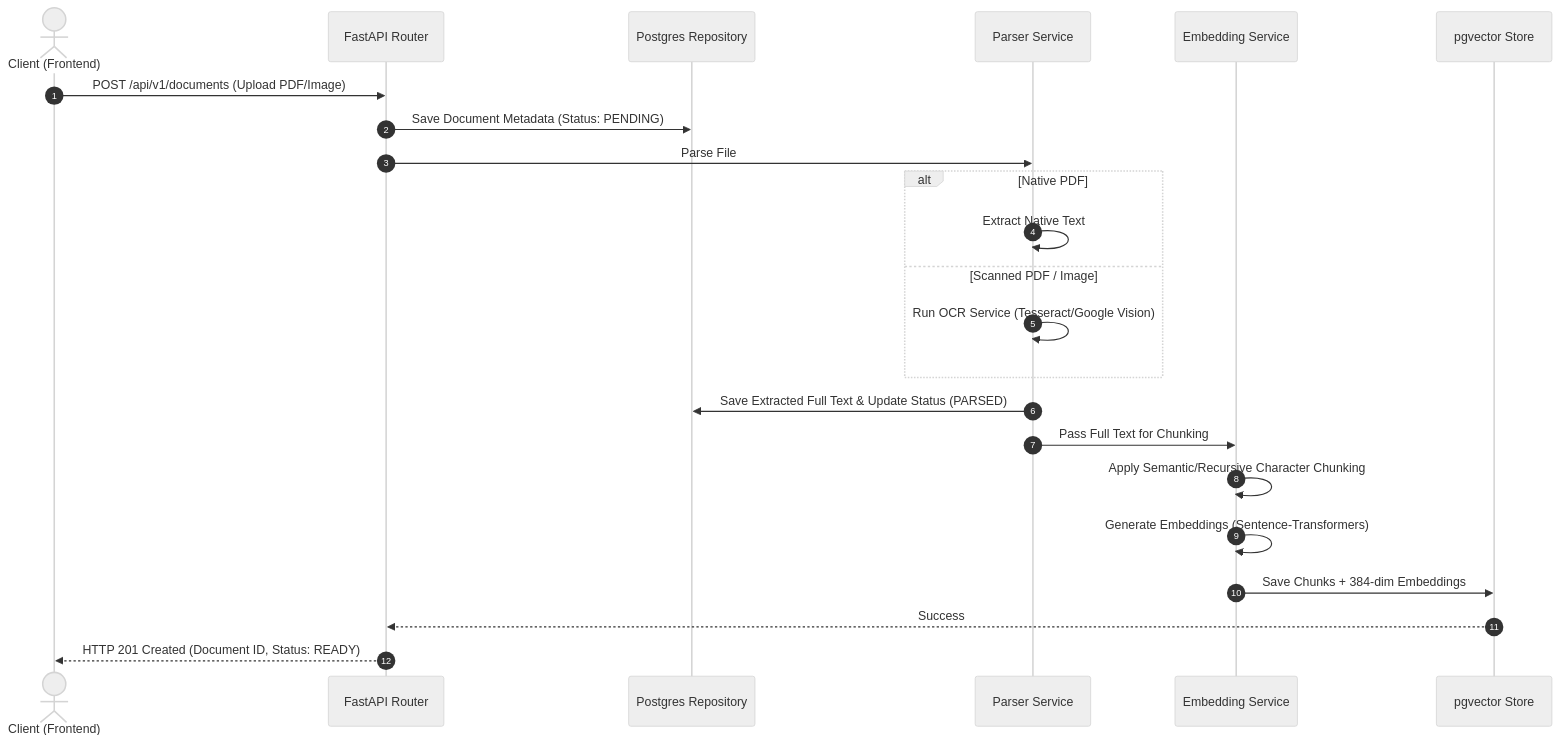
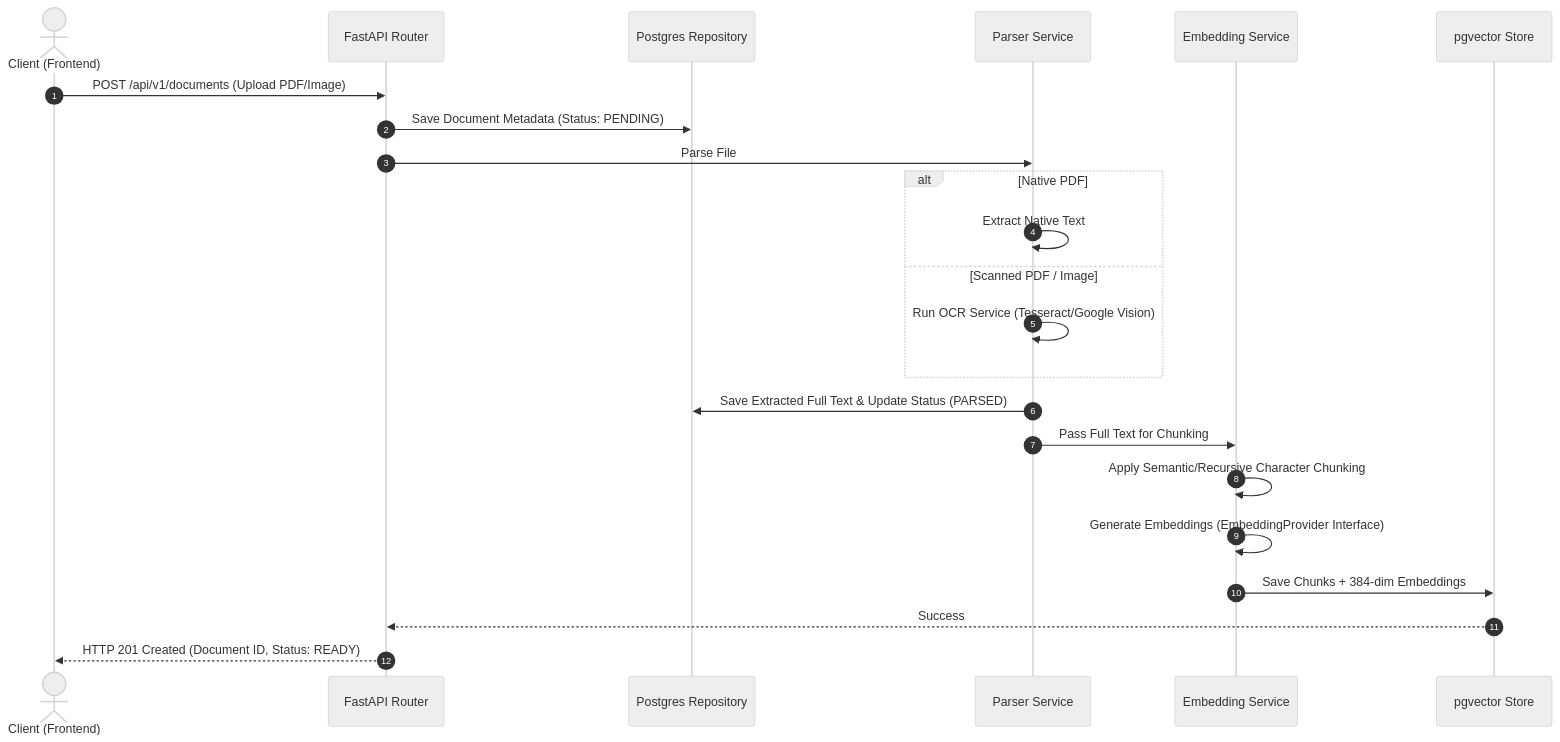
One commit to TarequeSyed/DocFlow-Ai changed the first of 2 diagrams in docs/Architecture.md. Above: the diagram before and after it, drawn with Mermaid (neutral theme). The commit also changed other lines of this file and 22 other files, not shown here.

````diff
--- a/docs/Architecture.md
+++ b/docs/Architecture.md
@@ -60,26 +60,26 @@
 ```mermaid
 sequenceDiagram
     autonumber
     actor User as Client (Frontend)
     participant API as FastAPI Router
     participant DB as Postgres Repository
     participant Parser as Parser Service
     participant Embed as Embedding Service
     participant VecDB as pgvector Store
 
     User->>API: POST /api/v1/documents (Upload PDF/Image)
     API->>DB: Save Document Metadata (Status: PENDING)
     API->>Parser: Parse File
     alt Native PDF
         Parser->>Parser: Extract Native Text
     else Scanned PDF / Image
         Parser->>Parser: Run OCR Service (Tesseract/Google Vision)
     end
     Parser->>DB: Save Extracted Full Text & Update Status (PARSED)
     Parser->>Embed: Pass Full Text for Chunking
     Embed->>Embed: Apply Semantic/Recursive Character Chunking
-    Embed->>Embed: Generate Embeddings (Sentence-Transformers)
+    Embed->>Embed: Generate Embeddings (EmbeddingProvider Interface)
     Embed->>VecDB: Save Chunks + 384-dim Embeddings
     VecDB-->>API: Success
     API-->>User: HTTP 201 Created (Document ID, Status: READY)
 ```
````
